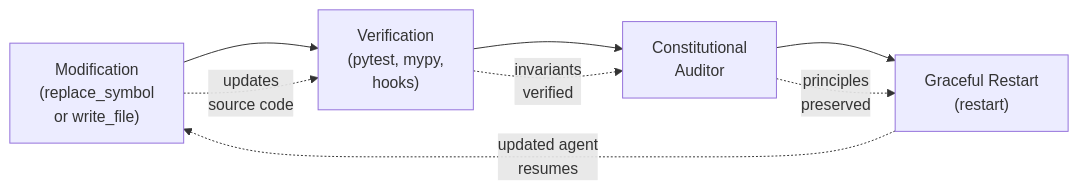
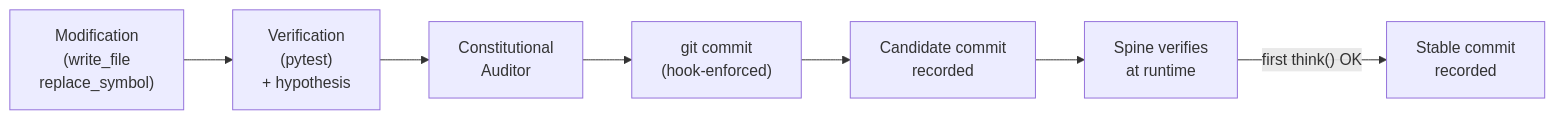
Before and after one commit to Redna/talos_runtime: the third of 4 diagrams in docs/docs/ARCHITECTURE.md, drawn with Mermaid. The commit also changed other lines of this file and 4 other files, not shown here.

First line of the commit message:
fix: update Dockerfile paths, hooks, watchdog, and docs for Python Spine

````diff
--- a/docs/docs/ARCHITECTURE.md
+++ b/docs/docs/ARCHITECTURE.md
@@ -249,10 +258,9 @@
 ```mermaid
 graph LR
-    A["Modification<br/>(replace_symbol<br/>or write_file)"] --> V["Verification<br/>(pytest, mypy,<br/>hooks)"]
+    A["Modification<br/>(write_file<br/>replace_symbol)"] --> V["Verification<br/>(pytest)<br/>+ hypothesis"]
     V --> CA["Constitutional<br/>Auditor"]
-    CA --> R["Graceful Restart<br/>(restart)"]
-    A -.->|"updates<br/>source code"| V
-    V -.->|"invariants<br/>verified"| CA
-    CA -.->|"principles<br/>preserved"| R
-    R -.->|"updated agent<br/>resumes"| A
+    CA --> C["git commit<br/>(hook-enforced)"]
+    C --> R["Candidate commit<br/>recorded"]
+    R --> S["Spine verifies<br/>at runtime"]
+    S -->|"first think() OK"| ST["Stable commit<br/>recorded"]
 ```
````
